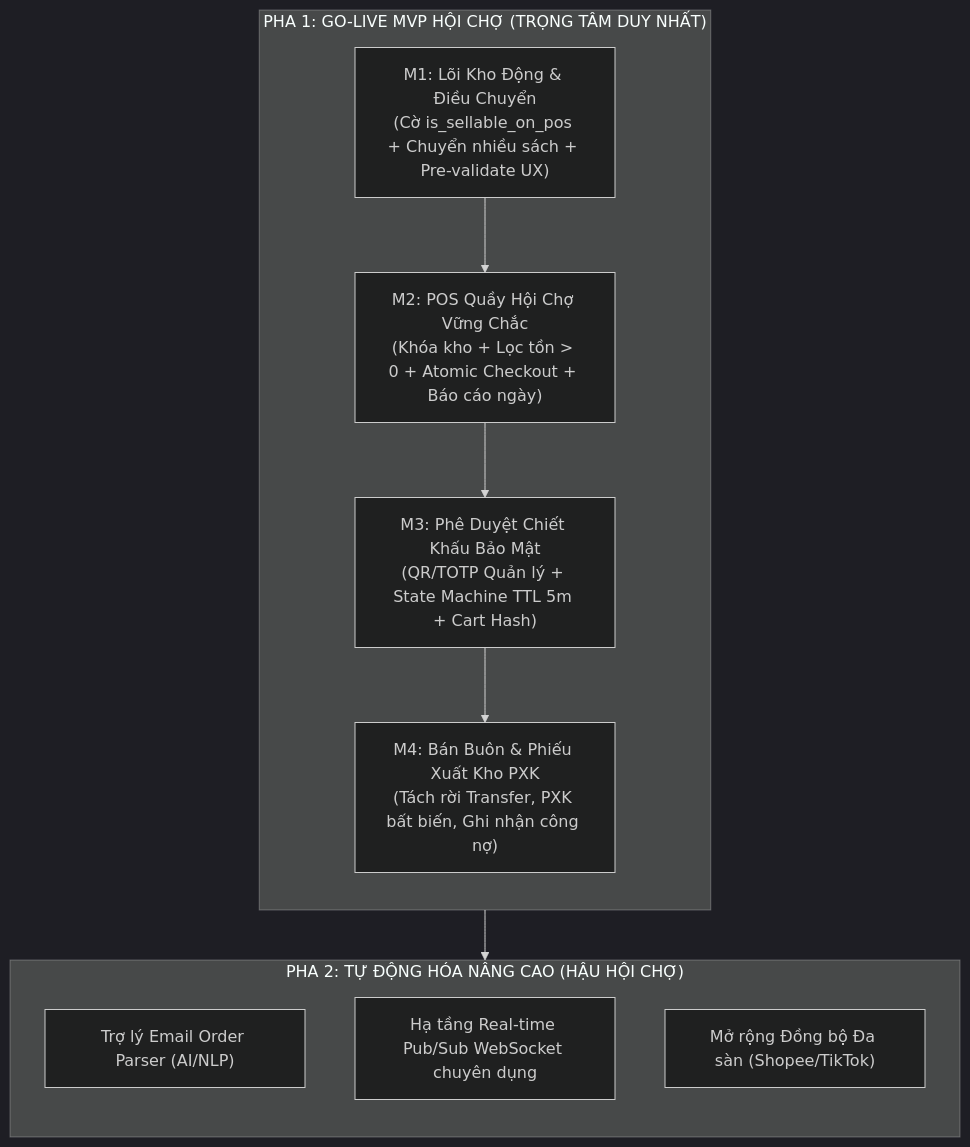
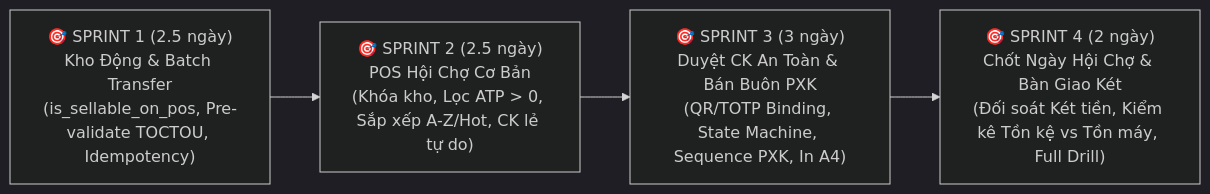
Before and after one commit to khadpham/formapubli: the diagram in docs/superpowers/specs/2026-09-22-pos-warehouse-refactor-design.md, drawn with Mermaid (dark theme). The commit also changed other lines of this file, not shown here.

Commit message:
docs(spec): update to V3 with complete implementation appendix and 4-sprint plan

````diff
--- a/docs/superpowers/specs/2026-09-22-pos-warehouse-refactor-design.md
+++ b/docs/superpowers/specs/2026-09-22-pos-warehouse-refactor-design.md
@@ -27,20 +25,6 @@
 ```mermaid
-flowchart TD
-    subgraph PHA1 ["PHA 1: GO-LIVE MVP HỘI CHỢ (TRỌNG TÂM DUY NHẤT)"]
-        direction TB
-        M1["M1: Lõi Kho Động & Điều Chuyển\n(Cờ is_sellable_on_pos + Chuyển nhiều sách + Pre-validate UX)"]
-        M2["M2: POS Quầy Hội Chợ Vững Chắc\n(Khóa kho + Lọc tồn > 0 + Atomic Checkout + Báo cáo ngày)"]
-        M3["M3: Phê Duyệt Chiết Khấu Bảo Mật\n(QR/TOTP Quản lý + State Machine TTL 5m + Cart Hash)"]
-        M4["M4: Bán Buôn & Phiếu Xuất Kho PXK\n(Tách rời Transfer, PXK bất biến, Ghi nhận công nợ)"]
-        M1 --> M2 --> M3 --> M4
-    end
-
-    subgraph PHA2 ["PHA 2: TỰ ĐỘNG HÓA NÂNG CAO (HẬU HỘI CHỢ)"]
-        direction TB
-        P2_1["Trợ lý Email Order Parser (AI/NLP)"]
-        P2_2["Hạ tầng Real-time Pub/Sub WebSocket chuyên dụng"]
-        P2_3["Mở rộng Đồng bộ Đa sàn (Shopee/TikTok)"]
-    end
-
-    PHA1 --> PHA2
+flowchart LR
+    S1["🎯 SPRINT 1 (2.5 ngày)\nKho Động & Batch Transfer\n(is_sellable_on_pos, Pre-validate TOCTOU, Idempotency)"] --> S2["🎯 SPRINT 2 (2.5 ngày)\nPOS Hội Chợ Cơ Bản\n(Khóa kho, Lọc ATP > 0, Sắp xếp A-Z/Hot, CK lẻ tự do)"]
+    S2 --> S3["🎯 SPRINT 3 (3 ngày)\nDuyệt CK An Toàn & Bán Buôn PXK\n(QR/TOTP Binding, State Machine, Sequence PXK, In A4)"]
+    S3 --> S4["🎯 SPRINT 4 (2 ngày)\nChốt Ngày Hội Chợ & Bàn Giao Két\n(Đối soát Két tiền, Kiểm kê Tồn kệ vs Tồn máy, Full Drill)"]
 ```
````
